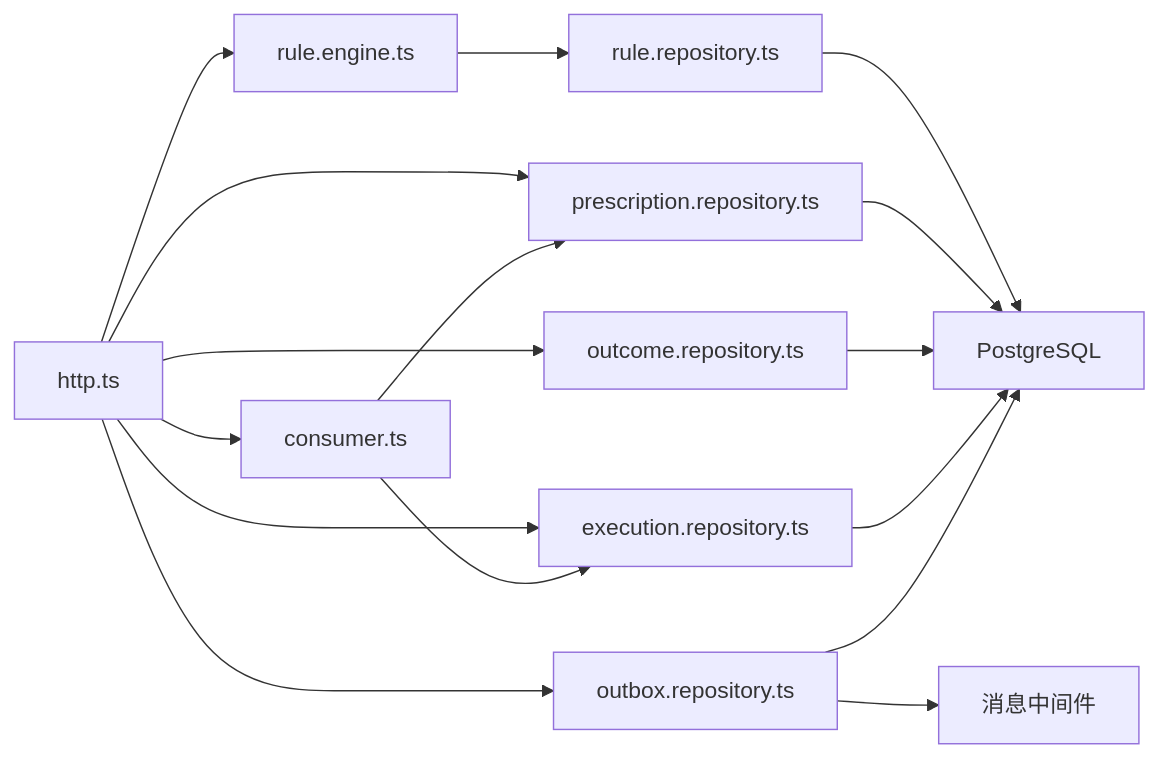
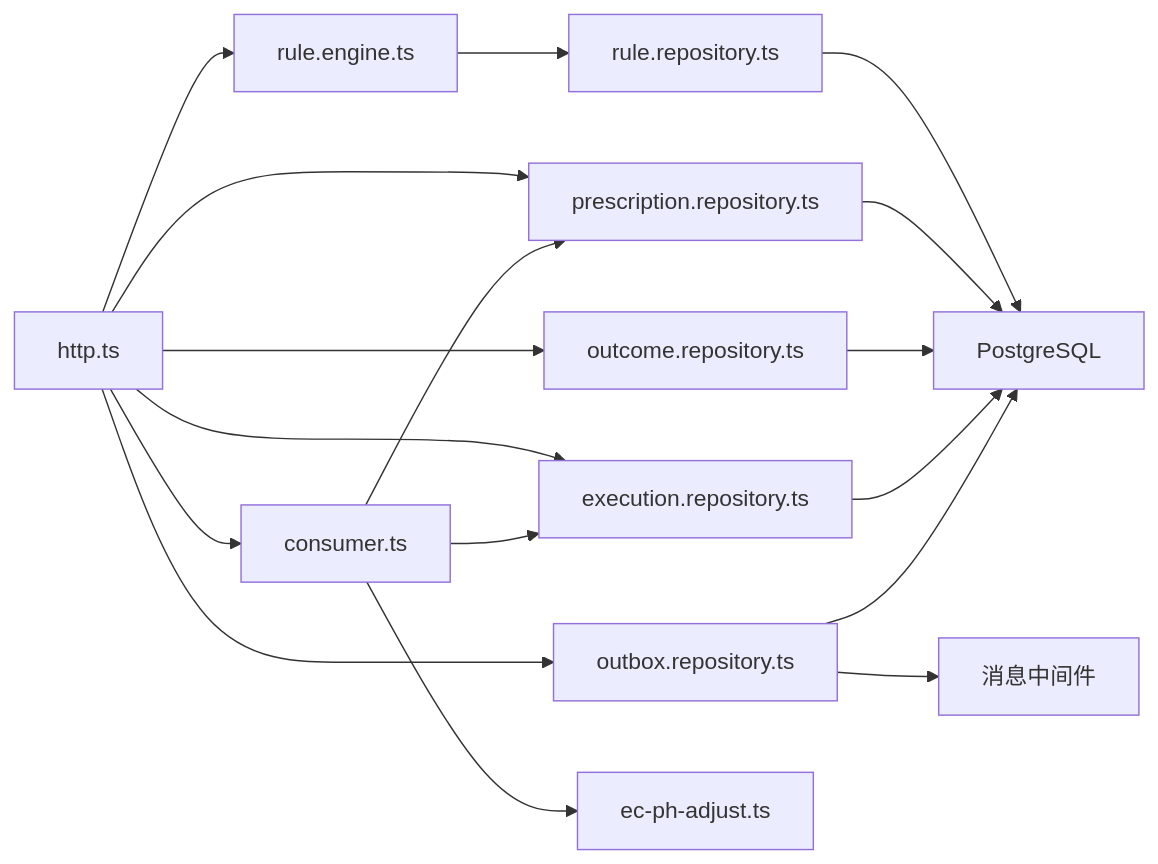
One commit to q446328246/agri-platform changed diagram 12 of 15 in .qoder/repowiki/zh/content/核心服务文档/智能决策服务/智能决策服务.md. Above: the diagram before and after it, drawn with Mermaid. The commit also changed other lines of this file and 46 other files, not shown here.

````diff
--- a/.qoder/repowiki/zh/content/核心服务文档/智能决策服务/智能决策服务.md
+++ b/.qoder/repowiki/zh/content/核心服务文档/智能决策服务/智能决策服务.md
@@ -666,18 +733,19 @@
 ```mermaid
 graph LR
 HTTP["http.ts"] --> Engine["rule.engine.ts"]
 HTTP --> PrescRepo["prescription.repository.ts"]
 HTTP --> OutcomeRepo["outcome.repository.ts"]
 HTTP --> ExecRepo["execution.repository.ts"]
 HTTP --> Outbox["outbox.repository.ts"]
 HTTP --> Consumer["consumer.ts"]
 Engine --> RuleRepo["rule.repository.ts"]
 Consumer --> ExecRepo
 Consumer --> PrescRepo
+Consumer --> ECPhAdjust["ec-ph-adjust.ts"]
 RuleRepo --> DB["PostgreSQL"]
 PrescRepo --> DB
 OutcomeRepo --> DB
 ExecRepo --> DB
 Outbox --> DB
 Outbox --> MQ["消息中间件"]
 ```
````
